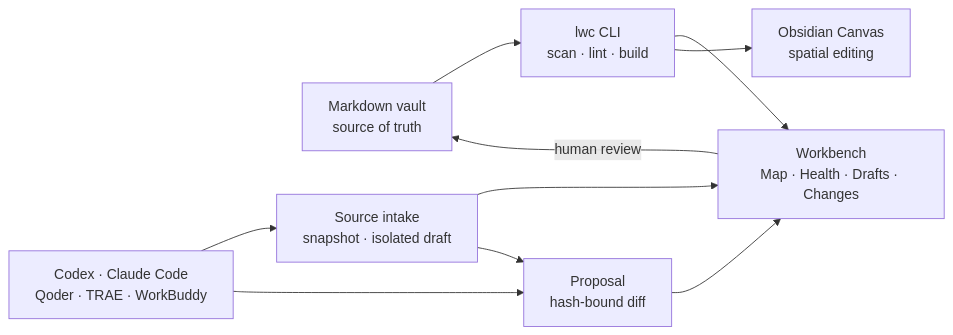
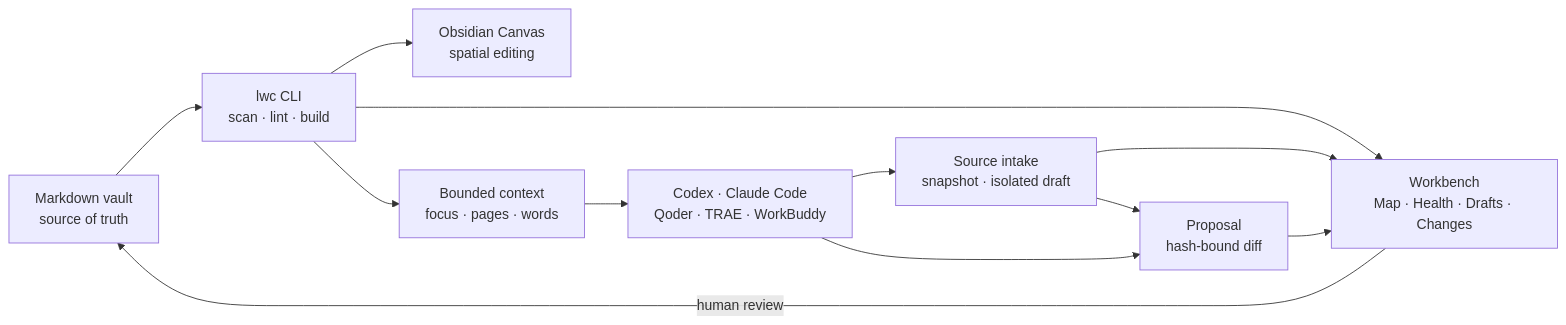
Before and after one commit to chicogong/llm-wiki-canvas: the diagram in ROADMAP.md, drawn with Mermaid. The commit also changed other lines of this file and 27 other files, not shown here.

Commit message:
Add bounded Agent context bundles

````diff
--- a/ROADMAP.md
+++ b/ROADMAP.md
@@ -9,12 +9,14 @@
 ```mermaid
 flowchart LR
   A["Markdown vault<br/>source of truth"] --> B["lwc CLI<br/>scan · lint · build"]
   B --> C["Workbench<br/>Map · Health · Drafts · Changes"]
   B --> D["Obsidian Canvas<br/>spatial editing"]
   E["Codex · Claude Code<br/>Qoder · TRAE · WorkBuddy"] --> G["Source intake<br/>snapshot · isolated draft"]
+  B --> H["Bounded context<br/>focus · pages · words"]
+  H --> E
   G --> C
   G --> F
   E --> F["Proposal<br/>hash-bound diff"]
   F --> C
   C -->|"human review"| A
 ```
````
